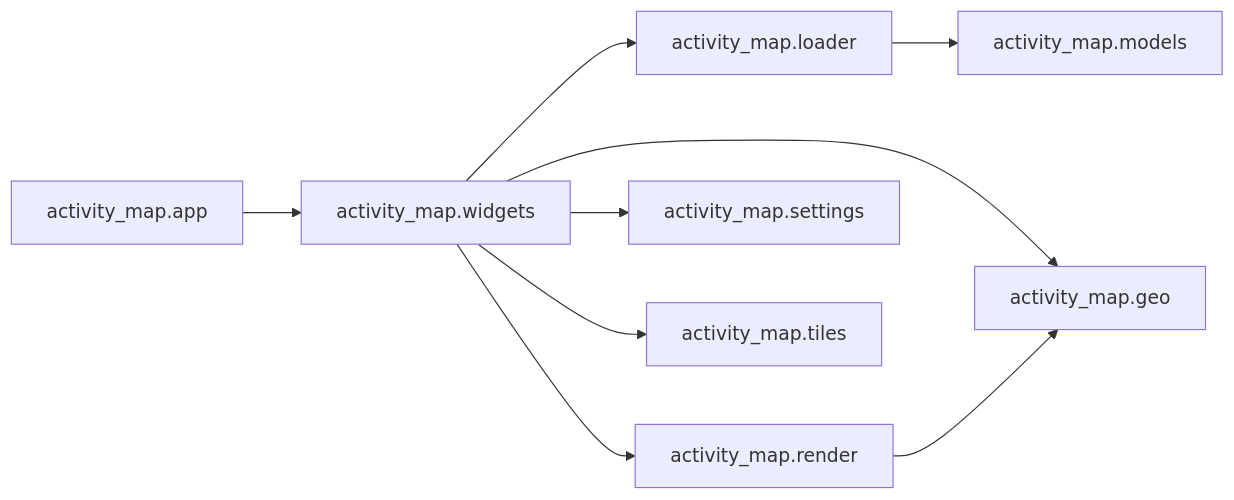
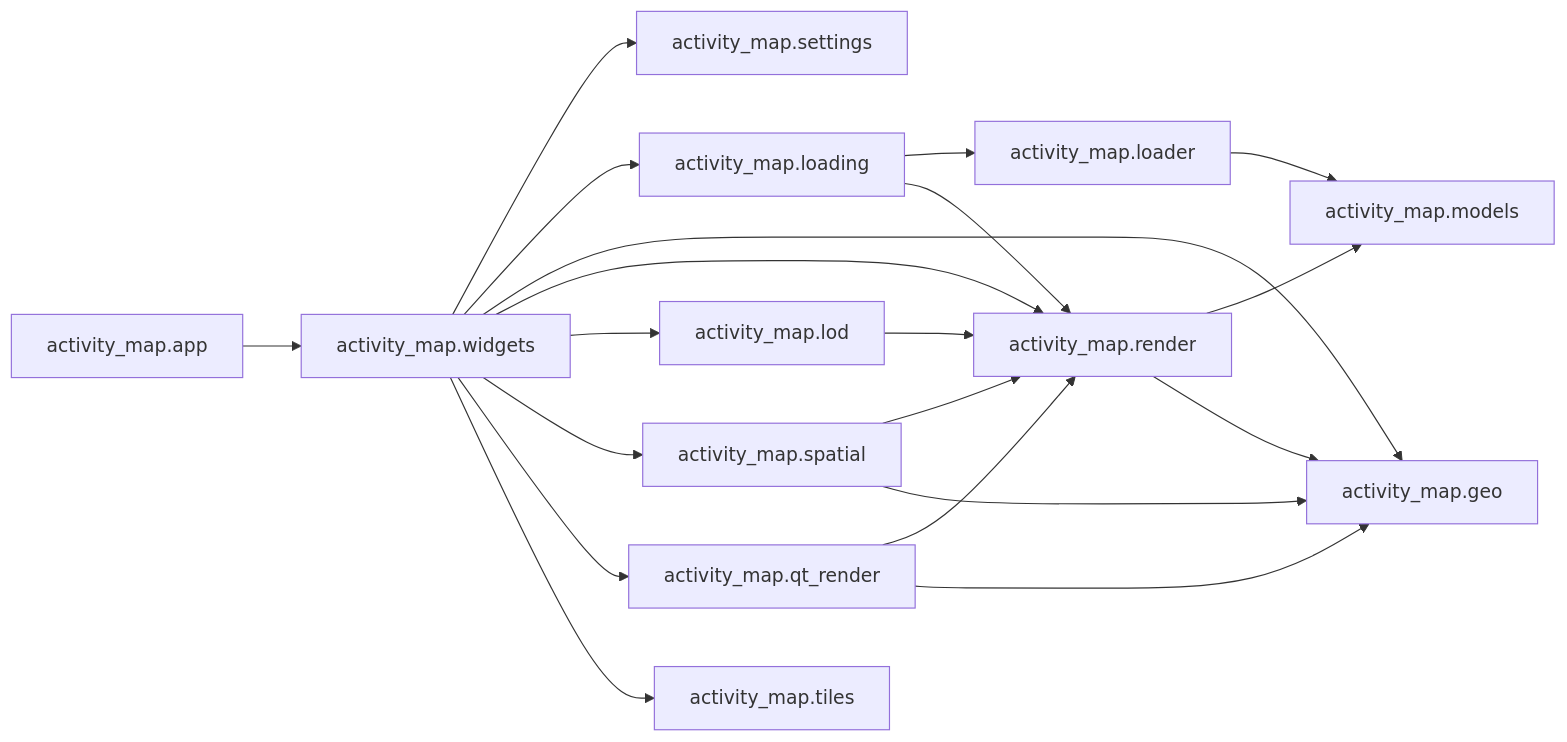
The third of 4 diagrams in documents/architecture.md (marcelpetrick/GarminActivityMap), drawn with Mermaid before and after one commit. The commit also changed other lines of this file and 6 other files, not shown here.

First line of the commit message:
docs: finalize performance architecture results

````diff
--- a/documents/architecture.md
+++ b/documents/architecture.md
@@ -49,20 +49,35 @@
 ```mermaid
 flowchart LR
   loader[activity_map.loader]
   models[activity_map.models]
   geo[activity_map.geo]
   render[activity_map.render]
+  loading[activity_map.loading]
+  lod[activity_map.lod]
+  spatial[activity_map.spatial]
+  qt_render[activity_map.qt_render]
   settings[activity_map.settings]
   tiles[activity_map.tiles]
   widgets[activity_map.widgets]
   app[activity_map.app]
 
   app --> widgets
   widgets --> settings
-  widgets --> loader
+  widgets --> loading
+  loading --> loader
+  loading --> render
   loader --> models
+  render --> models
   widgets --> geo
   widgets --> render
+  widgets --> lod
+  widgets --> spatial
+  widgets --> qt_render
   widgets --> tiles
   render --> geo
+  qt_render --> render
+  qt_render --> geo
+  spatial --> render
+  spatial --> geo
+  lod --> render
 ```
````
